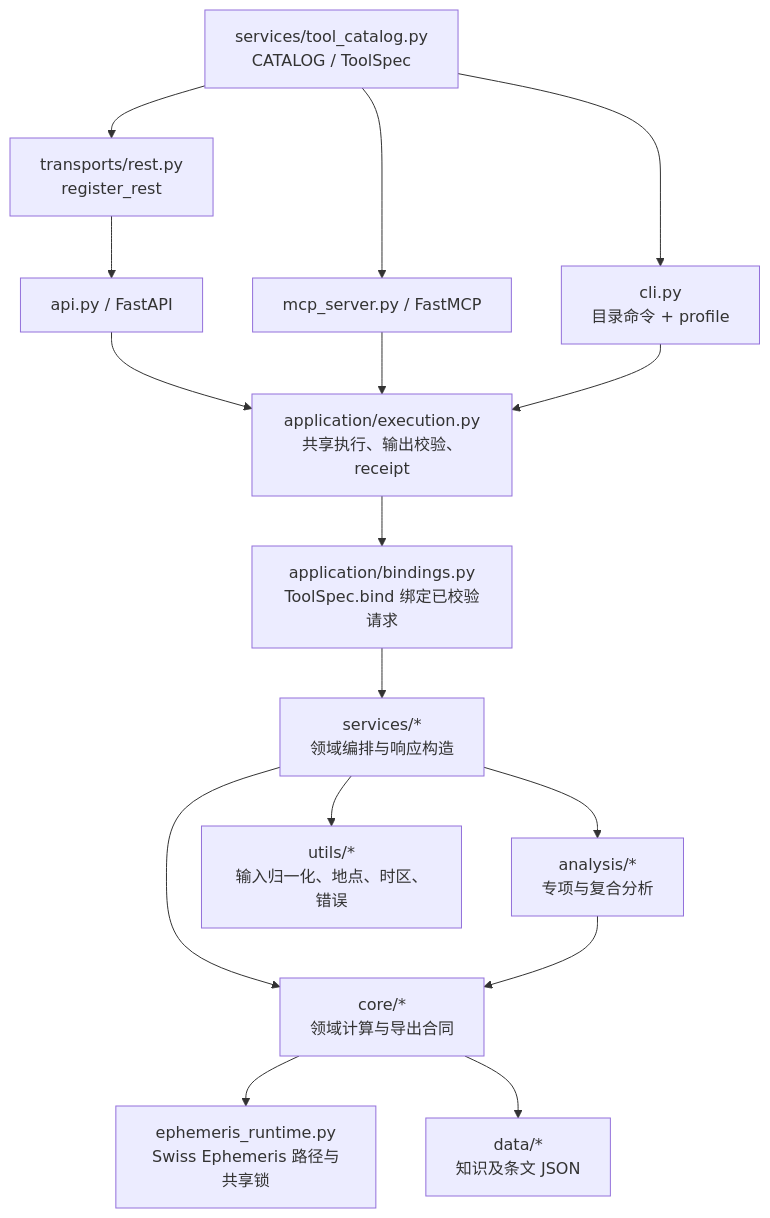
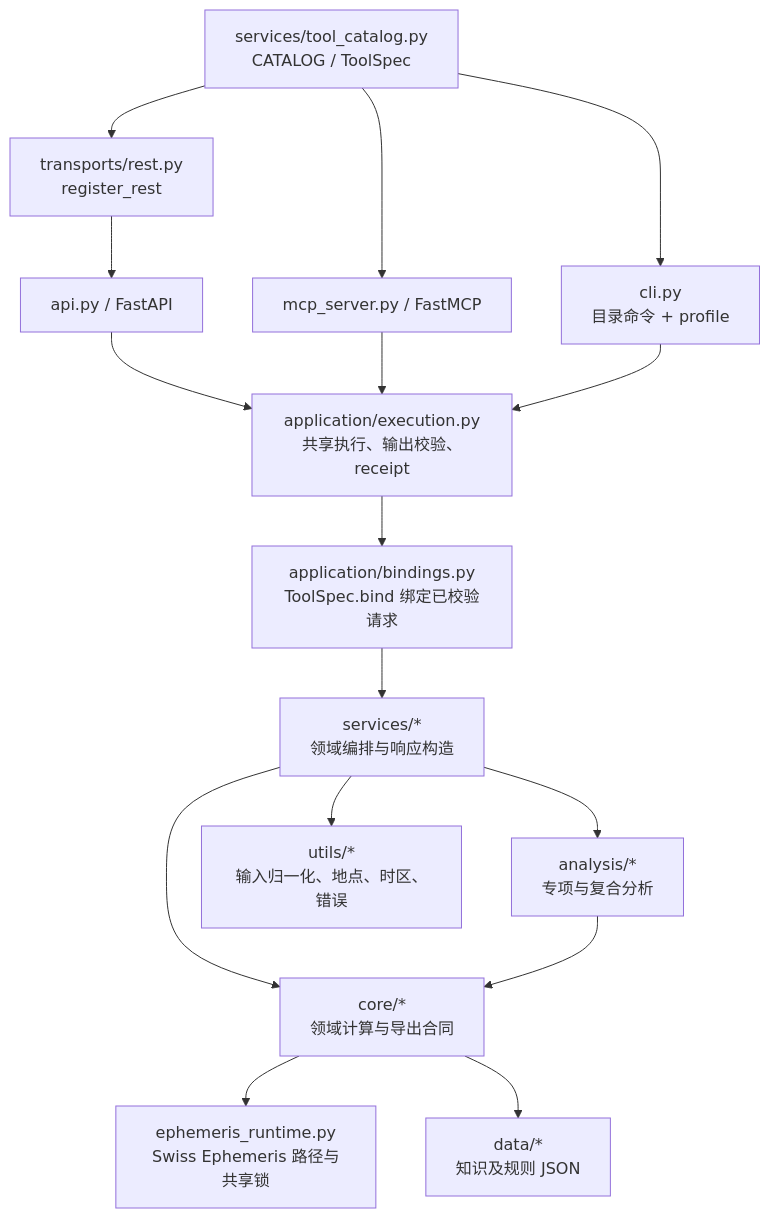
One commit to thomas-yanxin/FateBridge changed the first of 2 diagrams in docs/architecture.md. Above: the diagram before and after it, drawn with Mermaid. The commit also changed other lines of this file and 3017 other files, not shown here.

````diff
--- a/docs/architecture.md
+++ b/docs/architecture.md
@@ -19,18 +9,18 @@
 ```mermaid
 flowchart TD
     Catalog["services/tool_catalog.py<br/>CATALOG / ToolSpec"] --> Registrar["transports/rest.py<br/>register_rest"]
     Catalog --> CLI["cli.py<br/>目录命令 + profile"]
     Registrar --> REST["api.py / FastAPI"]
     Catalog --> MCP["mcp_server.py / FastMCP"]
     REST --> Execution["application/execution.py<br/>共享执行、输出校验、receipt"]
     MCP --> Execution
     CLI --> Execution
     Execution --> Bind["application/bindings.py<br/>ToolSpec.bind 绑定已校验请求"]
     Bind --> Services["services/*<br/>领域编排与响应构造"]
     Services --> Analysis["analysis/*<br/>专项与复合分析"]
     Services --> Core["core/*<br/>领域计算与导出合同"]
     Services --> Utils["utils/*<br/>输入归一化、地点、时区、错误"]
     Core --> Ephe["ephemeris_runtime.py<br/>Swiss Ephemeris 路径与共享锁"]
-    Core --> Data["data/*<br/>知识及条文 JSON"]
+    Core --> Data["data/*<br/>知识及规则 JSON"]
     Analysis --> Core
 ```
````
